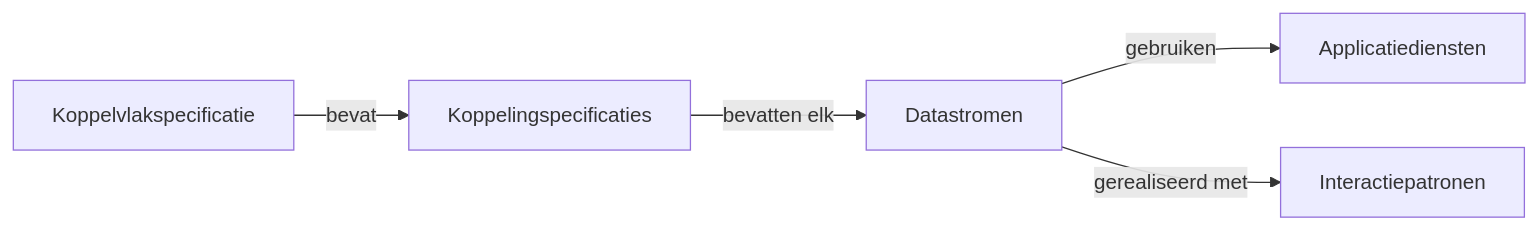
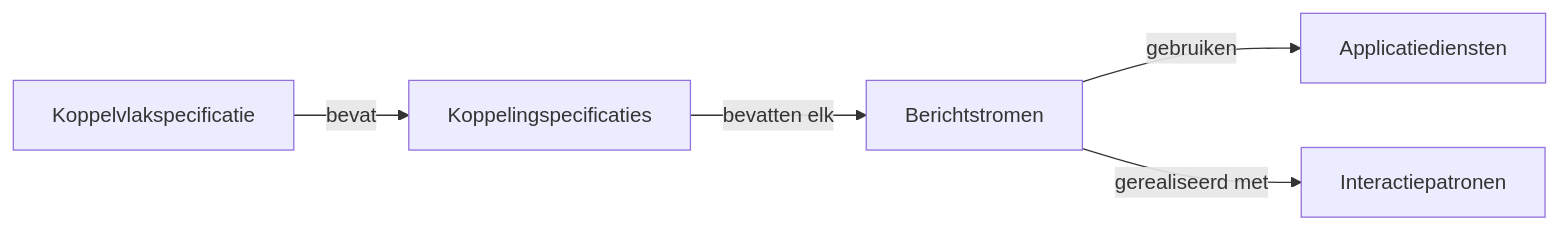
Before and after one commit to Npuls-OKx/meta: the second of 5 diagrams in presentaties/src/260915_kerngroep_techniek.md, drawn with Mermaid. The commit also changed other lines of this file, not shown here.

First line of the commit message:
Deck 15 september: berichtstromen in plaats van datastromen

````diff
--- a/presentaties/src/260915_kerngroep_techniek.md
+++ b/presentaties/src/260915_kerngroep_techniek.md
@@ -167,7 +167,7 @@
 ```mermaid {scale: 0.75}
 flowchart LR
   KV["Koppelvlakspecificatie"] -->|bevat| K["Koppelingspecificaties"]
-  K -->|bevatten elk| D["Datastromen"]
+  K -->|bevatten elk| D["Berichtstromen"]
   D -->|gebruiken| A["Applicatiediensten"]
   D -->|gerealiseerd met| I["Interactiepatronen"]
 ```
````
